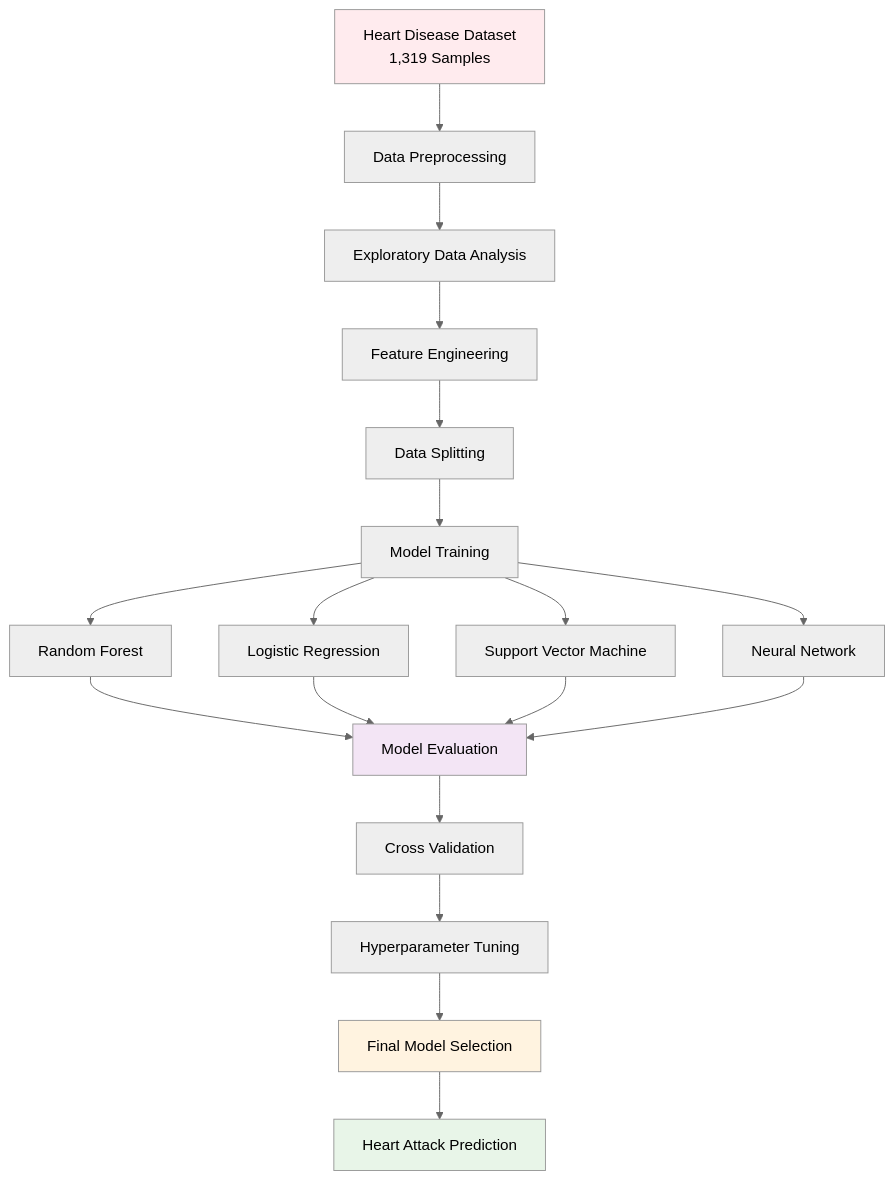
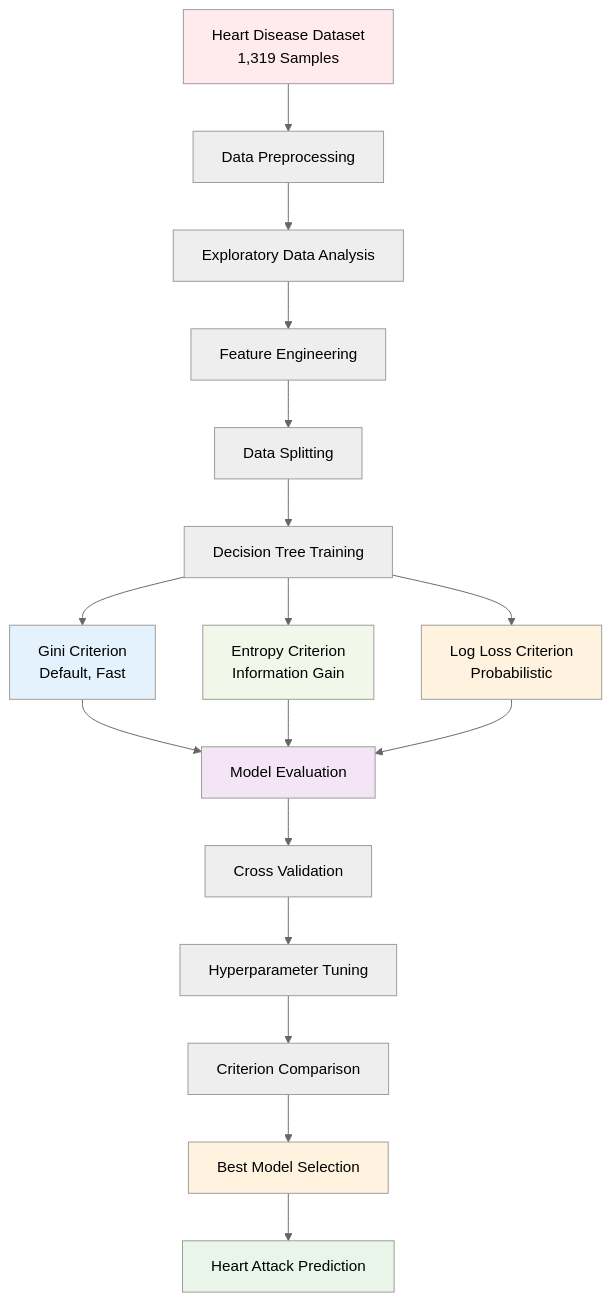
One commit to VasanthPrakasam/Heart-Disease-Classification-Dataset changed the diagram in README.md. Above: the diagram before and after it, drawn with Mermaid (neutral theme). The commit also changed other lines of this file, not shown here.

````diff
--- a/README.md
+++ b/README.md
@@ -210,28 +278,30 @@
 ```mermaid
 graph TB
     A[Heart Disease Dataset<br/>1,319 Samples] --> B[Data Preprocessing]
     B --> C[Exploratory Data Analysis]
     C --> D[Feature Engineering]
     D --> E[Data Splitting]
     
-    E --> F[Model Training]
-    F --> G[Random Forest]
-    F --> H[Logistic Regression]
-    F --> I[Support Vector Machine]
-    F --> J[Neural Network]
+    E --> F[Decision Tree Training]
+    F --> G[Gini Criterion<br/>Default, Fast]
+    F --> H[Entropy Criterion<br/>Information Gain]
+    F --> I[Log Loss Criterion<br/>Probabilistic]
     
-    G --> K[Model Evaluation]
-    H --> K
-    I --> K
-    J --> K
+    G --> J[Model Evaluation]
+    H --> J
+    I --> J
     
-    K --> L[Cross Validation]
-    L --> M[Hyperparameter Tuning]
-    M --> N[Final Model Selection]
+    J --> K[Cross Validation]
+    K --> L[Hyperparameter Tuning]
+    L --> M[Criterion Comparison]
+    M --> N[Best Model Selection]
     N --> O[Heart Attack Prediction]
     
     style A fill:#ffebee
     style O fill:#e8f5e8
     style N fill:#fff3e0
-    style K fill:#f3e5f5
+    style J fill:#f3e5f5
+    style G fill:#e3f2fd
+    style H fill:#f1f8e9
+    style I fill:#fff3e0
 ```
````
